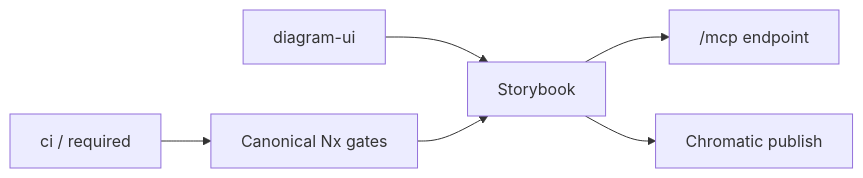
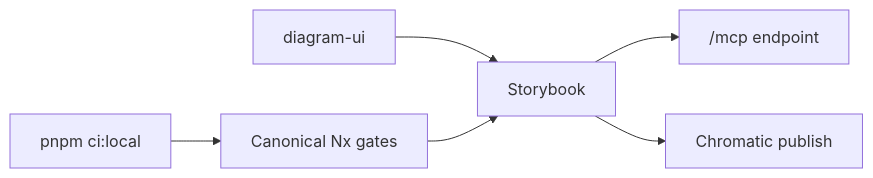
The diagram in docs/storybook-chromatic.md (shpitdev/sketchi), drawn with Mermaid before and after one commit. The commit also changed other lines of this file and 21 other files, not shown here.

````diff
--- a/docs/storybook-chromatic.md
+++ b/docs/storybook-chromatic.md
@@ -12,8 +12,8 @@
 ```mermaid
 flowchart LR
   UI["diagram-ui"] --> Storybook["Storybook"]
   Storybook --> MCP["/mcp endpoint"]
   Storybook --> Chromatic["Chromatic publish"]
-  CI["ci / required"] --> Build["Canonical Nx gates"]
+  CI["pnpm ci:local"] --> Build["Canonical Nx gates"]
   Build --> Storybook
 ```
````
